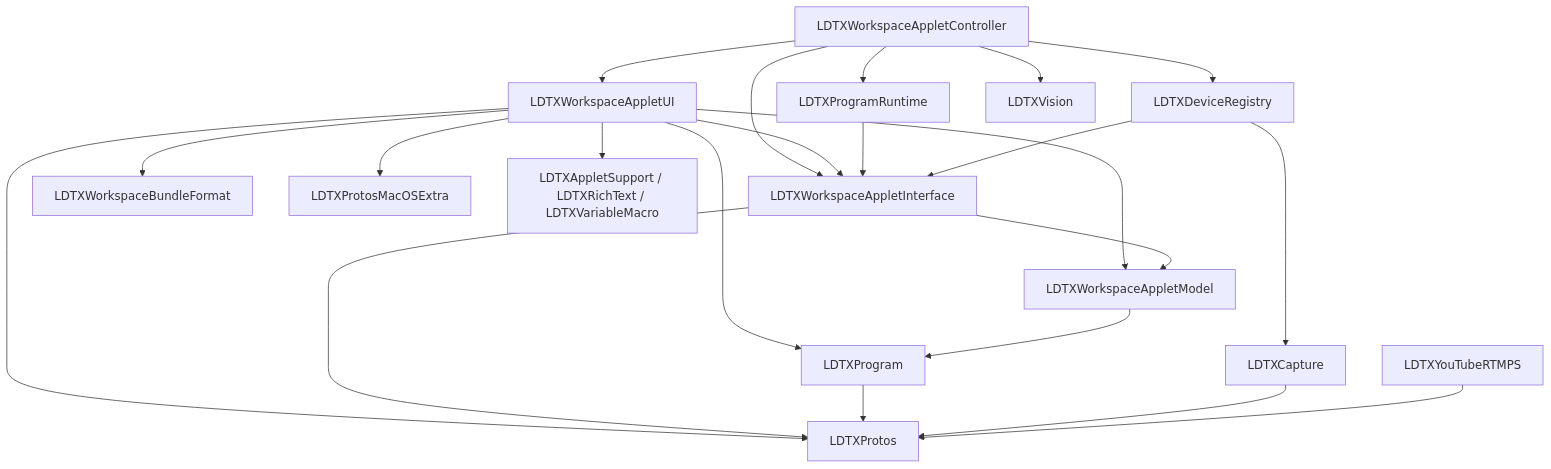
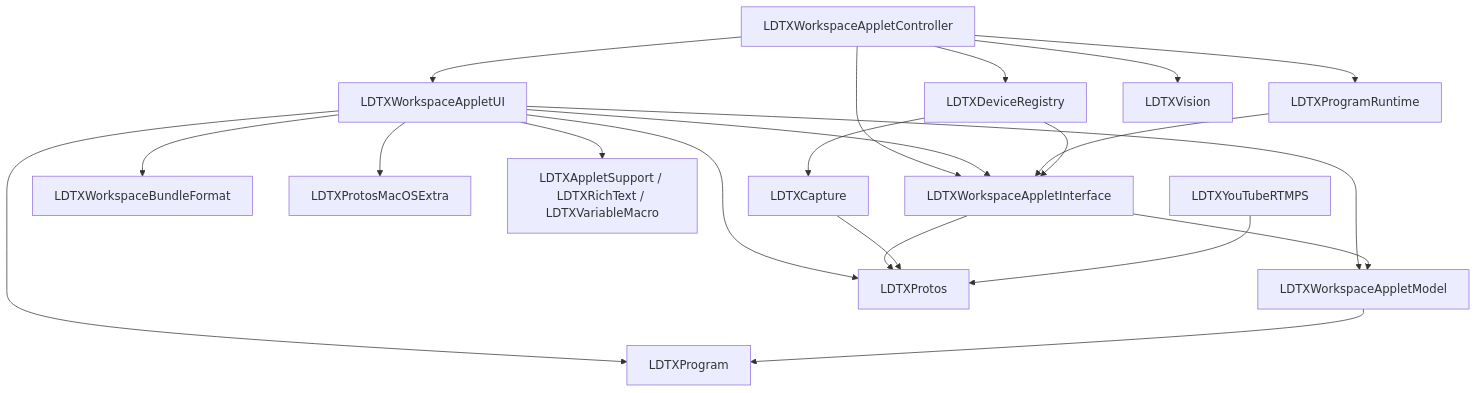
One commit to kaito-tokyo/LDTX changed the first of 2 diagrams in docs/target-dependencies.md. Above: the diagram before and after it, drawn with Mermaid. The commit also changed other lines of this file and 2 other files, not shown here.

````diff
--- a/docs/target-dependencies.md
+++ b/docs/target-dependencies.md
@@ -15,24 +15,23 @@
 ```mermaid
 flowchart TD
     Controller[LDTXWorkspaceAppletController] --> UI[LDTXWorkspaceAppletUI]
     Controller --> Runtime[LDTXProgramRuntime]
     Controller --> Devices[LDTXDeviceRegistry]
     Controller --> Vision[LDTXVision]
     Controller --> Contract[LDTXWorkspaceAppletInterface]
     UI --> Contract
     UI --> Model[LDTXWorkspaceAppletModel]
     UI --> Protos[LDTXProtos]
     UI --> Bundles[LDTXWorkspaceBundleFormat]
     UI --> Program[LDTXProgram]
     UI --> MacValues[LDTXProtosMacOSExtra]
     UI --> Views[LDTXAppletSupport / LDTXRichText / LDTXVariableMacro]
     Contract --> Model
     Contract --> Protos
     Model --> Program
-    Program --> Protos
     Runtime --> Contract
     Devices --> Contract
     Devices --> Capture[LDTXCapture]
     Capture --> Protos
     RTMPS[LDTXYouTubeRTMPS] --> Protos
 ```
````
